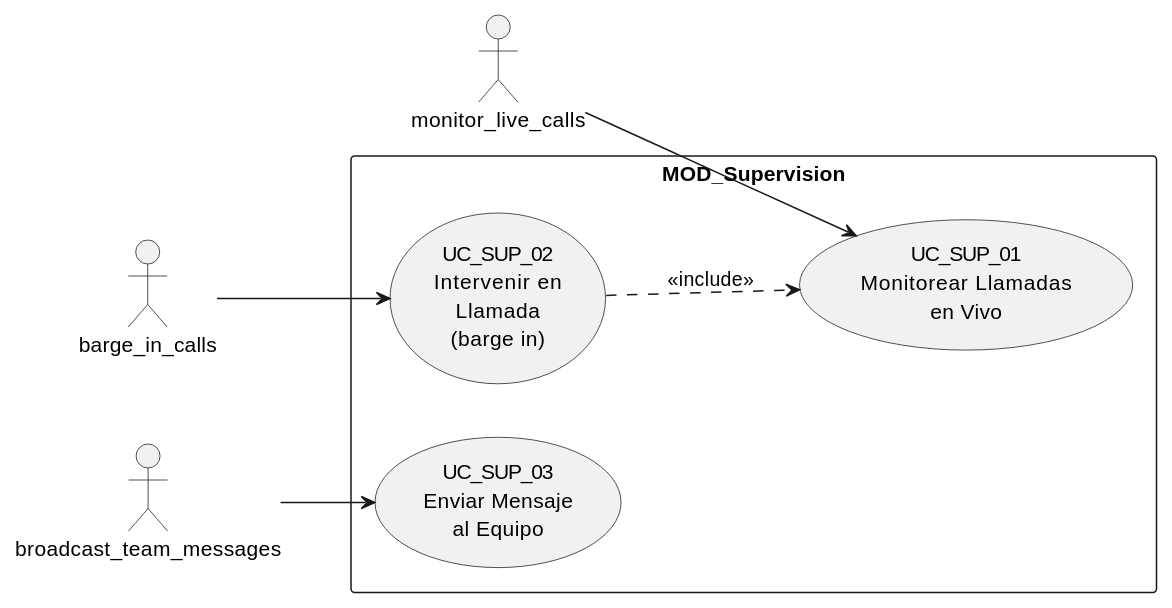
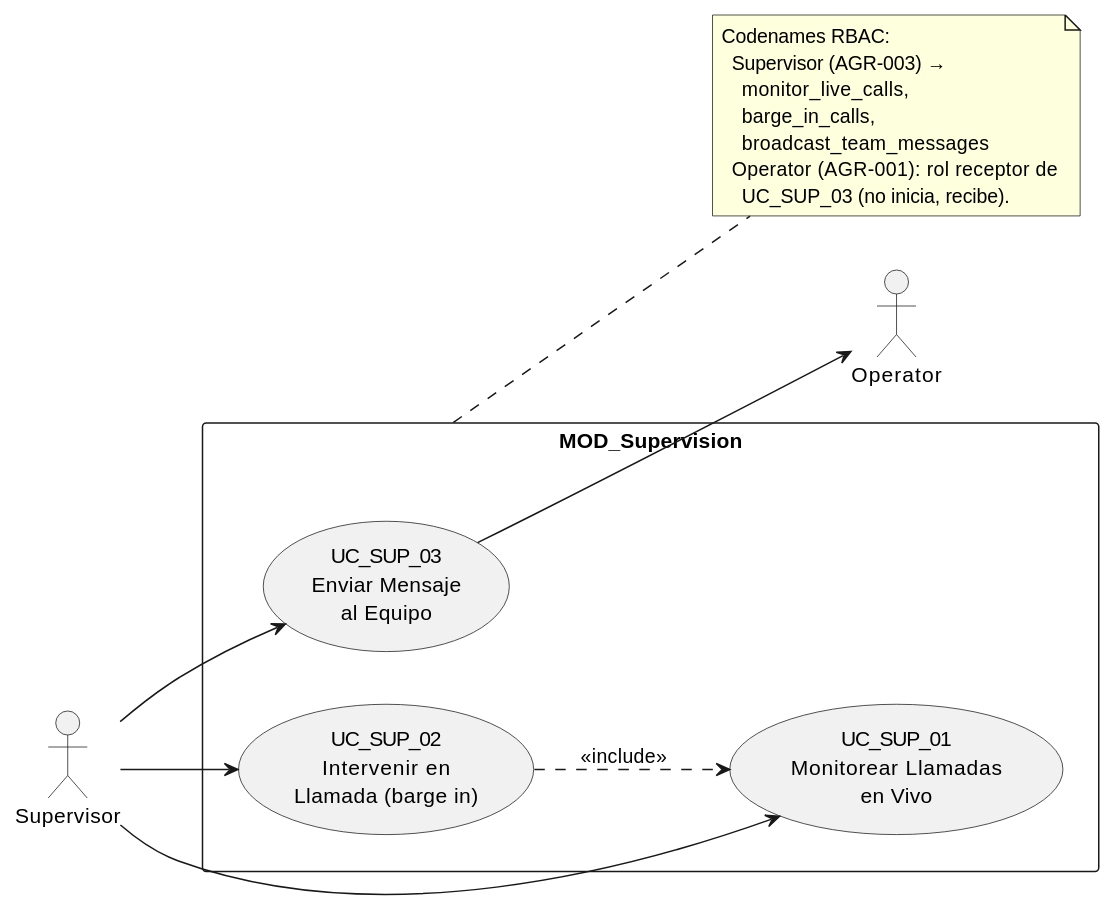
The diagram in source/arquitectura-tecnica/use-case-view/uc-supervision.rst (jcg-admin/IACT-docs), drawn with PlantUML before and after one commit. The commit also changed other lines of this file and 30 other files, not shown here.

First line of the commit message:
Apply UML-07 conformance to use-case-view: actors as roles

```diff
--- a/source/arquitectura-tecnica/use-case-view/uc-supervision.rst
+++ b/source/arquitectura-tecnica/use-case-view/uc-supervision.rst
@@ -26,23 +23,35 @@
 .. uml::
- :caption: Figura 26 — MOD_Supervision: casos de uso
+ :caption: MOD_Supervision — Supervisor monitorea, interviene
+           y comunica al equipo de Operators.
 
  @startuml
  left to right direction
 
- actor "monitor_live_calls" as monitor_live_calls
- actor "barge_in_calls" as barge_in_calls
- actor "broadcast_team_messages" as broadcast_team_messages
+ actor Supervisor
+ actor Operator
 
  rectangle "MOD_Supervision" {
-   usecase "UC_SUP_01\nMonitorear Llamadas\nen Vivo" as MONITOREAR_LLAMADAS_EN_VIVO
-   usecase "UC_SUP_02\nIntervenir en\nLlamada\n(barge in)" as INTERVENIR_LLAMADA
-   usecase "UC_SUP_03\nEnviar Mensaje\nal Equipo" as ENVIAR_MENSAJE_EQUIPO
+   usecase "UC_SUP_01\nMonitorear Llamadas\nen Vivo" as MONITOREAR
+   usecase "UC_SUP_02\nIntervenir en\nLlamada (barge in)" as INTERVENIR
+   usecase "UC_SUP_03\nEnviar Mensaje\nal Equipo" as ENVIAR_MENSAJE
  }
 
- monitor_live_calls --> MONITOREAR_LLAMADAS_EN_VIVO
- barge_in_calls --> INTERVENIR_LLAMADA
- broadcast_team_messages --> ENVIAR_MENSAJE_EQUIPO
+ Supervisor --> MONITOREAR
+ Supervisor --> INTERVENIR
+ Supervisor --> ENVIAR_MENSAJE
 
- INTERVENIR_LLAMADA ..> MONITOREAR_LLAMADAS_EN_VIVO : <<include>>
+ ENVIAR_MENSAJE --> Operator
+
+ INTERVENIR ..> MONITOREAR : <<include>>
+
+ note right of MOD_Supervision
+   Codenames RBAC:
+     Supervisor (AGR-003) →
+       monitor_live_calls,
+       barge_in_calls,
+       broadcast_team_messages
+     Operator (AGR-001): rol receptor de
+       UC_SUP_03 (no inicia, recibe).
+ end note
 
  @enduml
```
